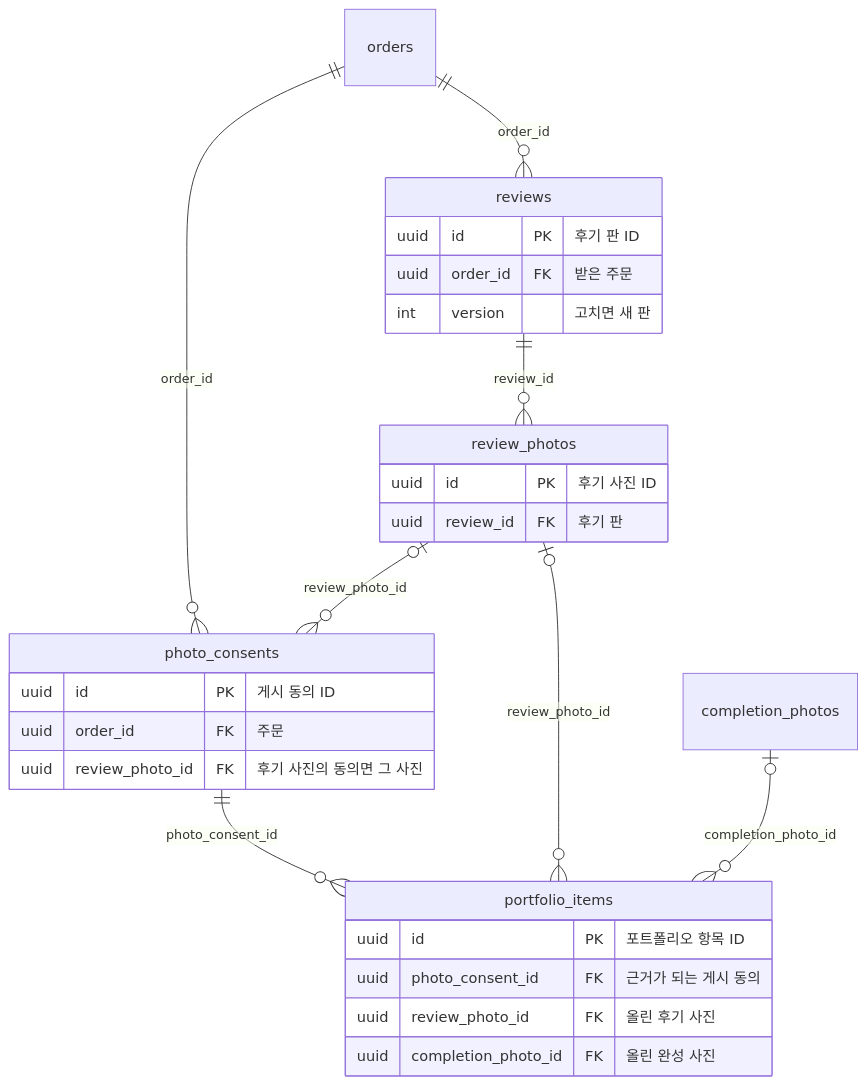
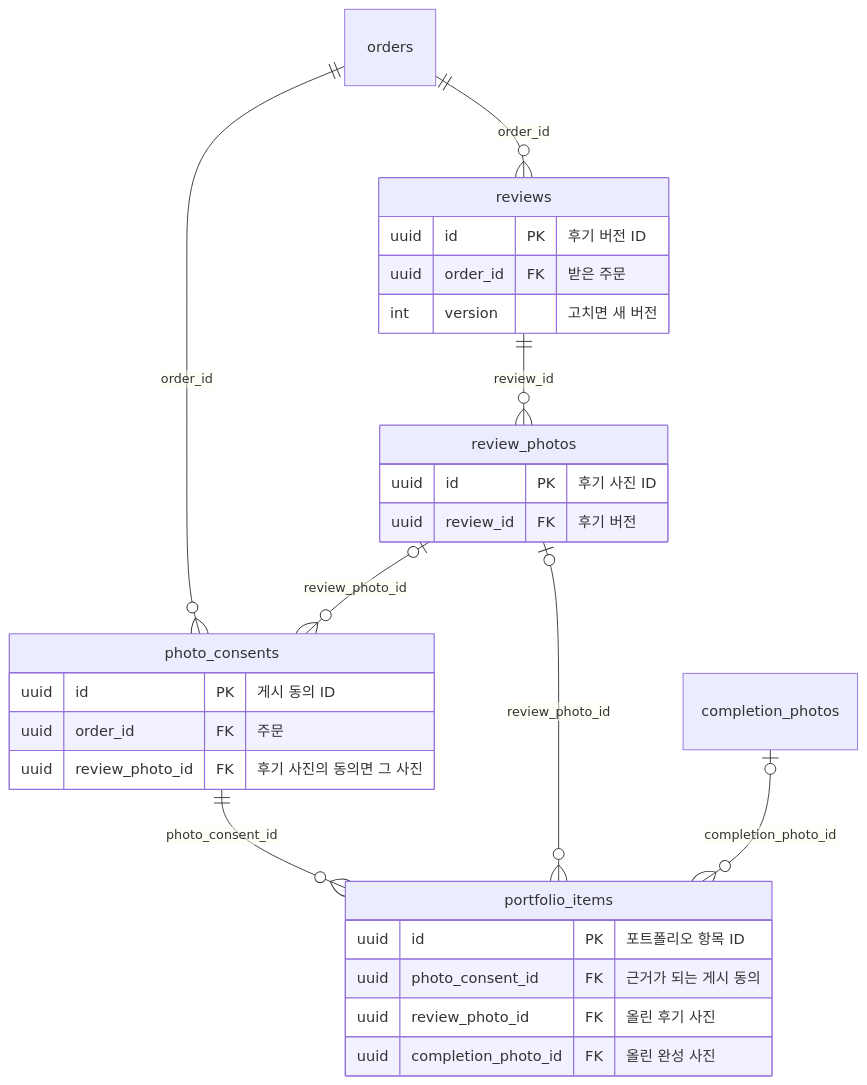
The seventh of 11 diagrams in docs/05-erd/README.md (kodonghui/siljang.ai), drawn with Mermaid before and after one commit. The commit also changed other lines of this file and 55 other files, not shown here.

````diff
--- a/docs/05-erd/README.md
+++ b/docs/05-erd/README.md
@@ -478,30 +478,30 @@
 ```mermaid
 erDiagram
   reviews {
-    uuid id PK "후기 판 ID"
+    uuid id PK "후기 버전 ID"
     uuid order_id FK "받은 주문"
-    int version "고치면 새 판"
+    int version "고치면 새 버전"
   }
   review_photos {
     uuid id PK "후기 사진 ID"
-    uuid review_id FK "후기 판"
+    uuid review_id FK "후기 버전"
   }
   photo_consents {
     uuid id PK "게시 동의 ID"
     uuid order_id FK "주문"
     uuid review_photo_id FK "후기 사진의 동의면 그 사진"
   }
   portfolio_items {
     uuid id PK "포트폴리오 항목 ID"
     uuid photo_consent_id FK "근거가 되는 게시 동의"
     uuid review_photo_id FK "올린 후기 사진"
     uuid completion_photo_id FK "올린 완성 사진"
   }
   orders ||--o{ reviews : "order_id"
   reviews ||--o{ review_photos : "review_id"
   orders ||--o{ photo_consents : "order_id"
   review_photos |o--o{ photo_consents : "review_photo_id"
   photo_consents ||--o{ portfolio_items : "photo_consent_id"
   review_photos |o--o{ portfolio_items : "review_photo_id"
   completion_photos |o--o{ portfolio_items : "completion_photo_id"
 ```
````
